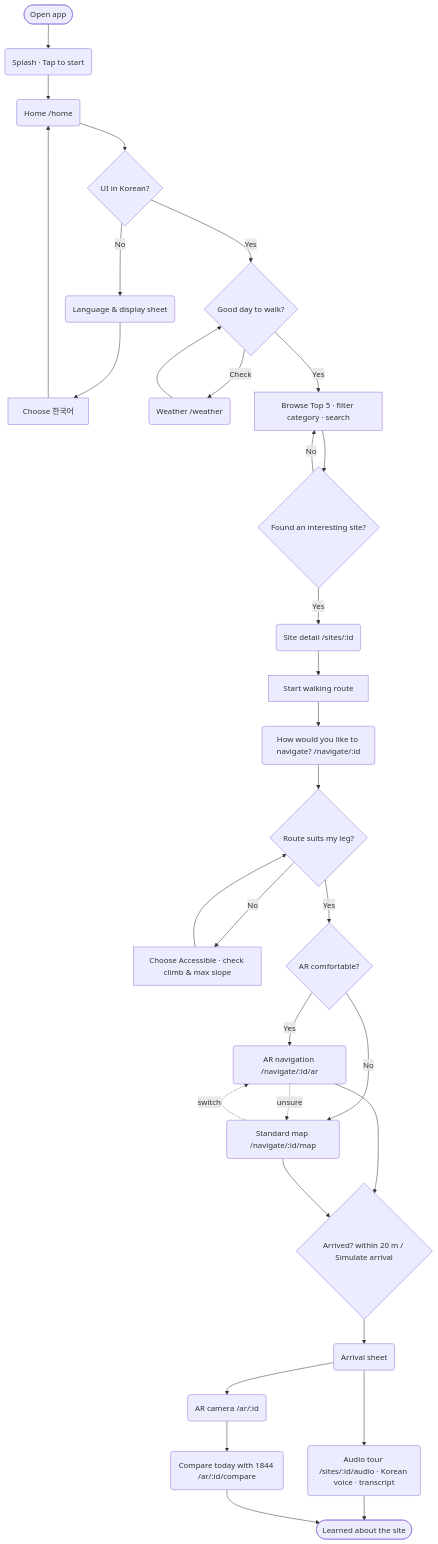
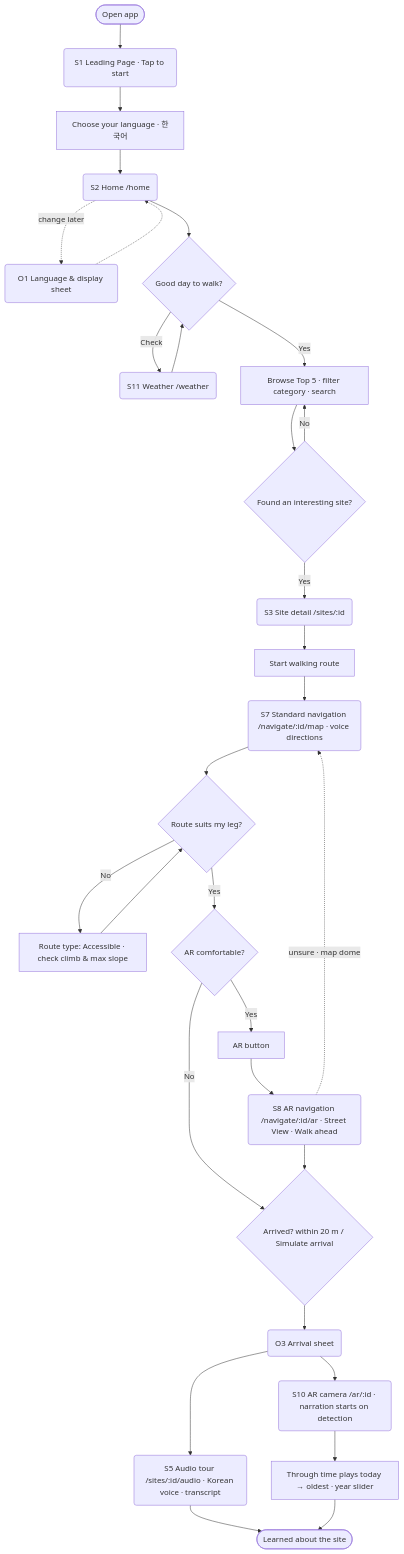
The first of 3 diagrams in docs/a3/task-flows.md (Podi-Skying/KIT519-Hobart-Historic), drawn with Mermaid before and after one commit. The commit also changed other lines of this file and 9 other files, not shown here.

````diff
--- a/docs/a3/task-flows.md
+++ b/docs/a3/task-flows.md
@@ -22,28 +23,25 @@
 ```mermaid
 flowchart TD
-  S([Open app]) --> SP(Splash · Tap to start) --> H(Home /home)
-  H --> L{UI in Korean?}
-  L -- No --> LS(Language & display sheet) --> K[Choose 한국어] --> H
-  L -- Yes --> W{Good day to walk?}
-  W -- Check --> WE(Weather /weather) --> W
+  S([Open app]) --> SP(S1 Leading Page · Tap to start) --> LG[Choose your language · 한국어] --> H(S2 Home /home)
+  H -. change later .-> LS(O1 Language & display sheet) -.-> H
+  H --> W{Good day to walk?}
+  W -- Check --> WE(S11 Weather /weather) --> W
   W -- Yes --> B[Browse Top 5 · filter category · search]
   B --> F{Found an interesting site?}
   F -- No --> B
-  F -- Yes --> SD(Site detail /sites/:id)
+  F -- Yes --> SD(S3 Site detail /sites/:id)
   SD --> ST[Start walking route]
-  ST --> NM(How would you like to navigate? /navigate/:id)
-  NM --> RT{Route suits my leg?}
-  RT -- No --> ACC[Choose Accessible · check climb & max slope] --> RT
+  ST --> MAP(S7 Standard navigation /navigate/:id/map · voice directions)
+  MAP --> RT{Route suits my leg?}
+  RT -- No --> ACC[Route type: Accessible · check climb & max slope] --> RT
   RT -- Yes --> MO{AR comfortable?}
-  MO -- Yes --> AR(AR navigation /navigate/:id/ar)
-  MO -- No --> MAP(Standard map /navigate/:id/map)
-  AR -. unsure .-> MAP
-  MAP -. switch .-> AR
+  MO -- Yes --> ARB[AR button] --> AR(S8 AR navigation /navigate/:id/ar · Street View · Walk ahead)
+  MO -- No --> ARR
+  AR -. unsure · map dome .-> MAP
   AR --> ARR{Arrived? within 20 m / Simulate arrival}
-  MAP --> ARR
-  ARR --> AS(Arrival sheet)
-  AS --> AU(Audio tour /sites/:id/audio · Korean voice · transcript)
-  AS --> SC(AR camera /ar/:id) --> CP(Compare today with 1844 /ar/:id/compare)
+  ARR --> AS(O3 Arrival sheet)
+  AS --> AU(S5 Audio tour /sites/:id/audio · Korean voice · transcript)
+  AS --> SC(S10 AR camera /ar/:id · narration starts on detection) --> CP[Through time plays today → oldest · year slider]
   AU --> E([Learned about the site])
   CP --> E
 ```
````
